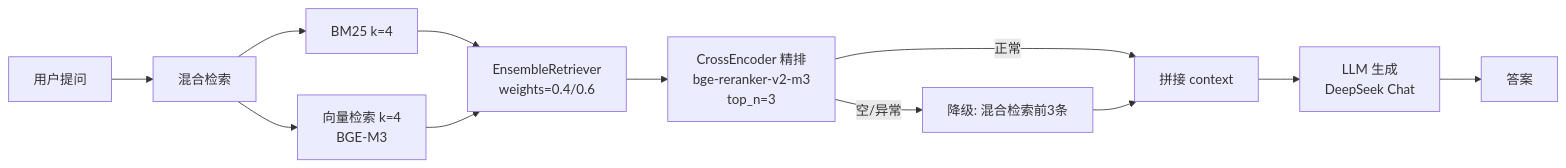
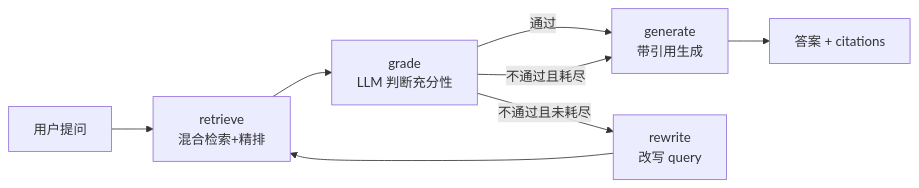
The diagram in README.md (agent-learn/RAGKnowledge), drawn with Mermaid before and after one commit. The commit also changed other lines of this file and 7 other files, not shown here.

````diff
--- a/README.md
+++ b/README.md
@@ -23,14 +27,10 @@
 ```mermaid
 flowchart LR
-    Q[用户提问] --> H[混合检索]
-    H --> B[BM25 k=4]
-    H --> V[向量检索 k=4<br/>BGE-M3]
-    B --> E[EnsembleRetriever<br/>weights=0.4/0.6]
-    V --> E
-    E --> R[CrossEncoder 精排<br/>bge-reranker-v2-m3<br/>top_n=3]
-    R -->|正常| C[拼接 context]
-    R -->|空/异常| F[降级: 混合检索前3条]
-    F --> C
-    C --> L[LLM 生成<br/>DeepSeek Chat]
-    L --> A[答案]
+    Q[用户提问] --> R[retrieve<br/>混合检索+精排]
+    R --> G[grade<br/>LLM 判断充分性]
+    G -->|通过| GEN[generate<br/>带引用生成]
+    G -->|不通过且未耗尽| RW[rewrite<br/>改写 query]
+    RW --> R
+    G -->|不通过且耗尽| GEN
+    GEN --> A[答案 + citations]
 ```
````
